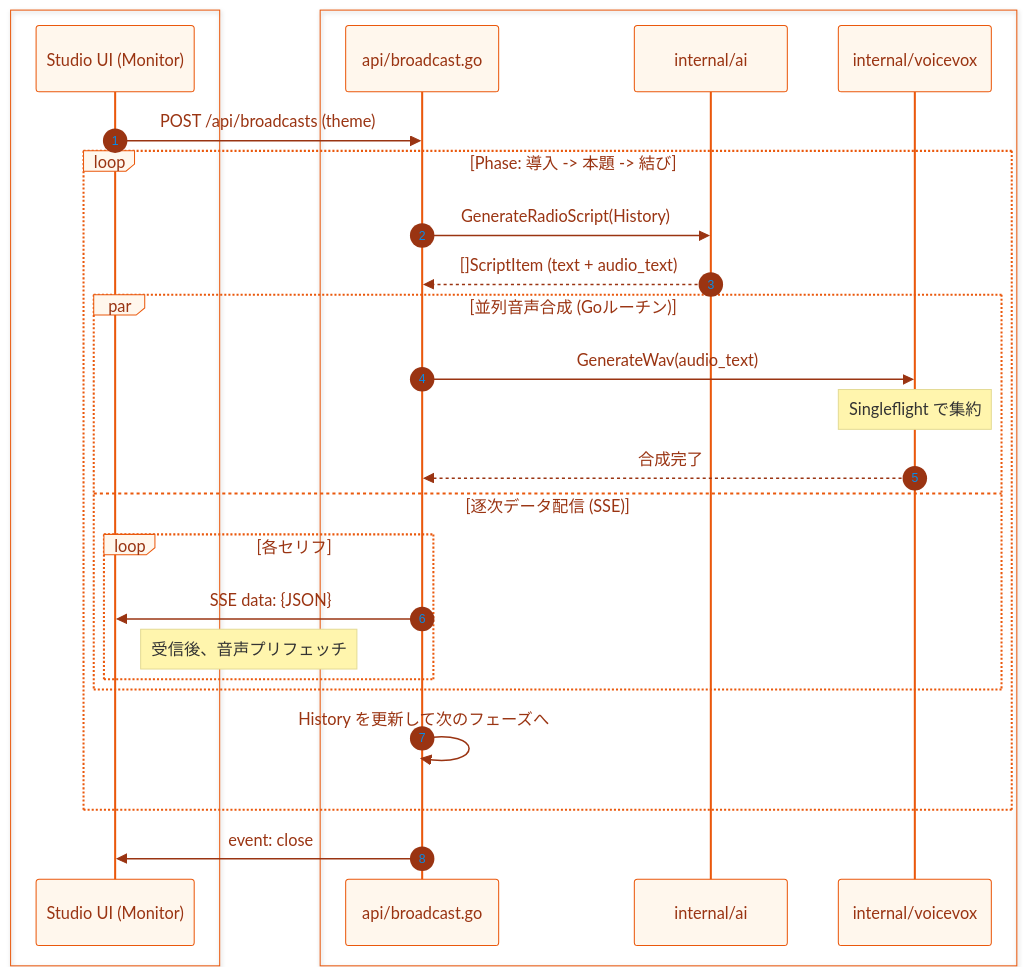
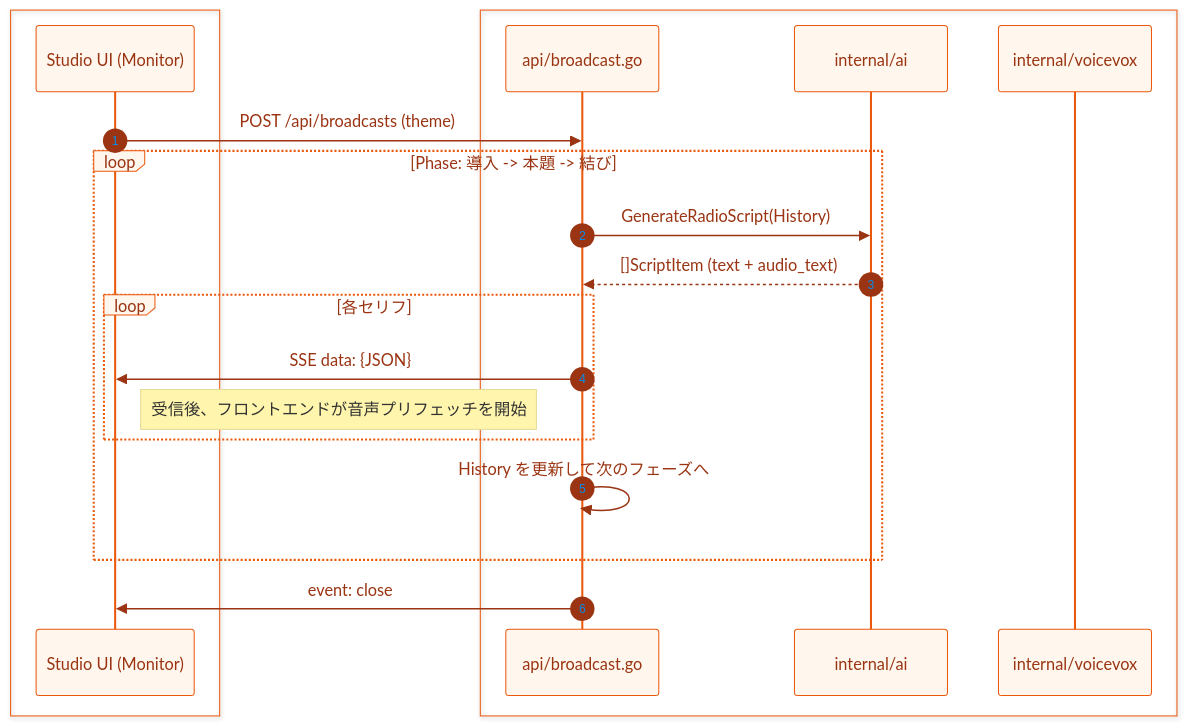
One commit to yuma25/AI-Radio-Room changed the second of 4 diagrams in docs/system_flow.md. Above: the diagram before and after it, drawn with Mermaid. The commit also changed 7 other files, not shown here.

````diff
--- a/docs/system_flow.md
+++ b/docs/system_flow.md
@@ -53,37 +53,31 @@
 ```mermaid
 %%{init: {'theme': 'base', 'themeVariables': { 'primaryColor': '#fff7ed', 'primaryTextColor': '#9a3412', 'primaryBorderColor': '#ea580c', 'lineColor': '#f97316'}}}%%
 sequenceDiagram
     autonumber
 
     box #fafafa "Client (Frontend)"
         participant UI as Studio UI (Monitor)
     end
 
     box #fff7ed "Backend (Go)"
         participant Handler as api/broadcast.go
         participant AI as internal/ai
         participant VV as internal/voicevox
     end
 
     UI->>Handler: POST /api/broadcasts (theme)
     
     loop Phase: 導入 -> 本題 -> 結び
         Handler->>AI: GenerateRadioScript(History)
         AI-->>Handler: []ScriptItem (text + audio_text)
         
-        par 並列音声合成 (Goルーチン)
-            Handler->>VV: GenerateWav(audio_text)
-            Note over VV: Singleflight で集約
-            VV-->>Handler: 合成完了
-        and 逐次データ配信 (SSE)
-            loop 各セリフ
-                Handler->>UI: SSE data: {JSON}
-                Note right of UI: 受信後、音声プリフェッチ
-            end
+        loop 各セリフ
+            Handler->>UI: SSE data: {JSON}
+            Note right of UI: 受信後、フロントエンドが音声プリフェッチを開始
         end
         
         Handler->>Handler: History を更新して次のフェーズへ
     end
 
     Handler->>UI: event: close
 ```
````
